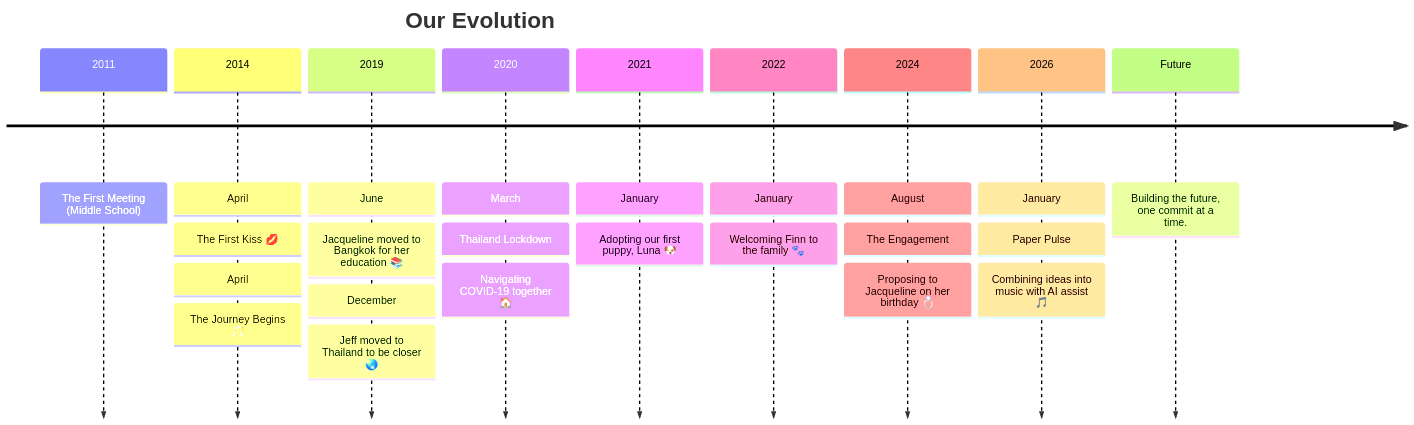
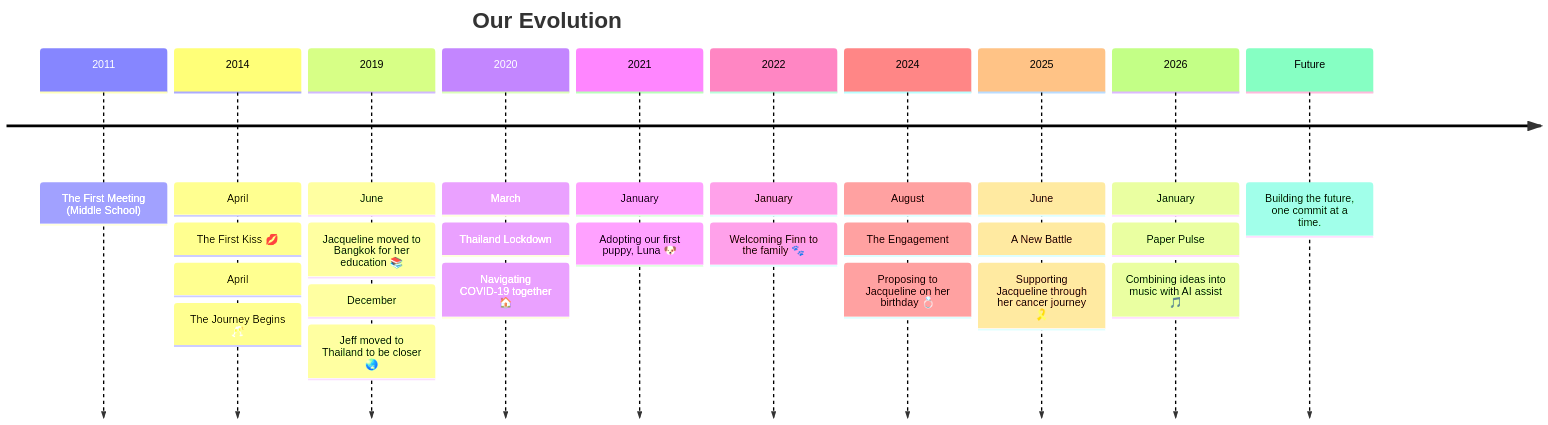
One commit to ScarletFoundry/love-journey changed the diagram in README.md. Above: the diagram before and after it, drawn with Mermaid. The commit also changed other lines of this file, not shown here.

Commit message:
chore: automated journey update [skip ci]

````diff
--- a/README.md
+++ b/README.md
@@ -10,13 +10,14 @@
 ```mermaid
 timeline
     title Our Evolution
     2011 : The First Meeting (Middle School)
     2014 : April: The First Kiss 💋 : April: The Journey Begins 🥂
     2019 : June: Jacqueline moved to Bangkok for her education 📚 : December: Jeff moved to Thailand to be closer 🌏
     2020 : March: Thailand Lockdown: Navigating COVID-19 together 🏠
     2021 : January: Adopting our first puppy, Luna 🐶
     2022 : January: Welcoming Finn to the family 🐾
     2024 : August: The Engagement: Proposing to Jacqueline on her birthday 💍
+    2025 : June: A New Battle: Supporting Jacqueline through her cancer journey 🎗️
     2026 : January: Paper Pulse: Combining ideas into music with AI assist 🎵
     Future : Building the future, one commit at a time.
 ```
````
